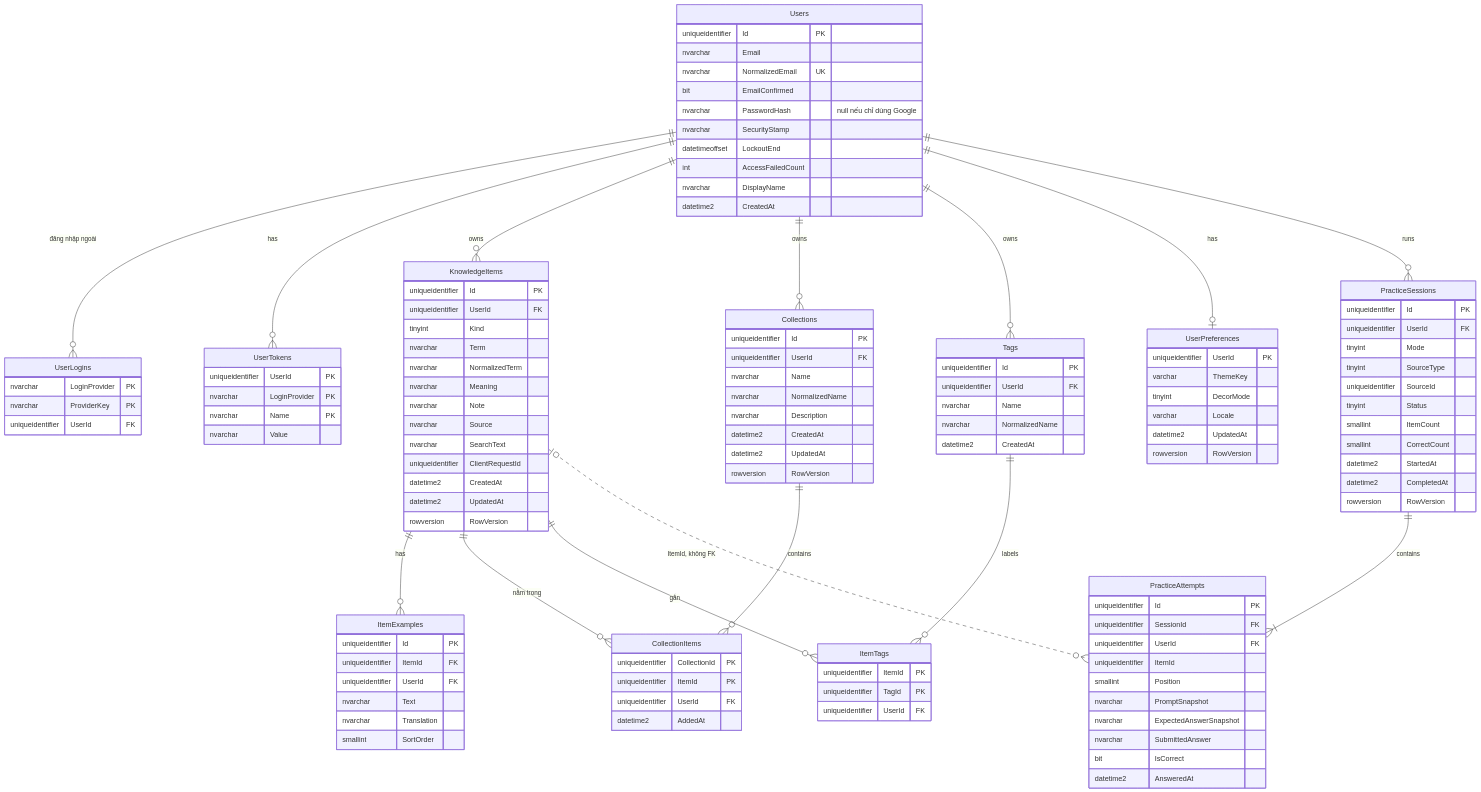
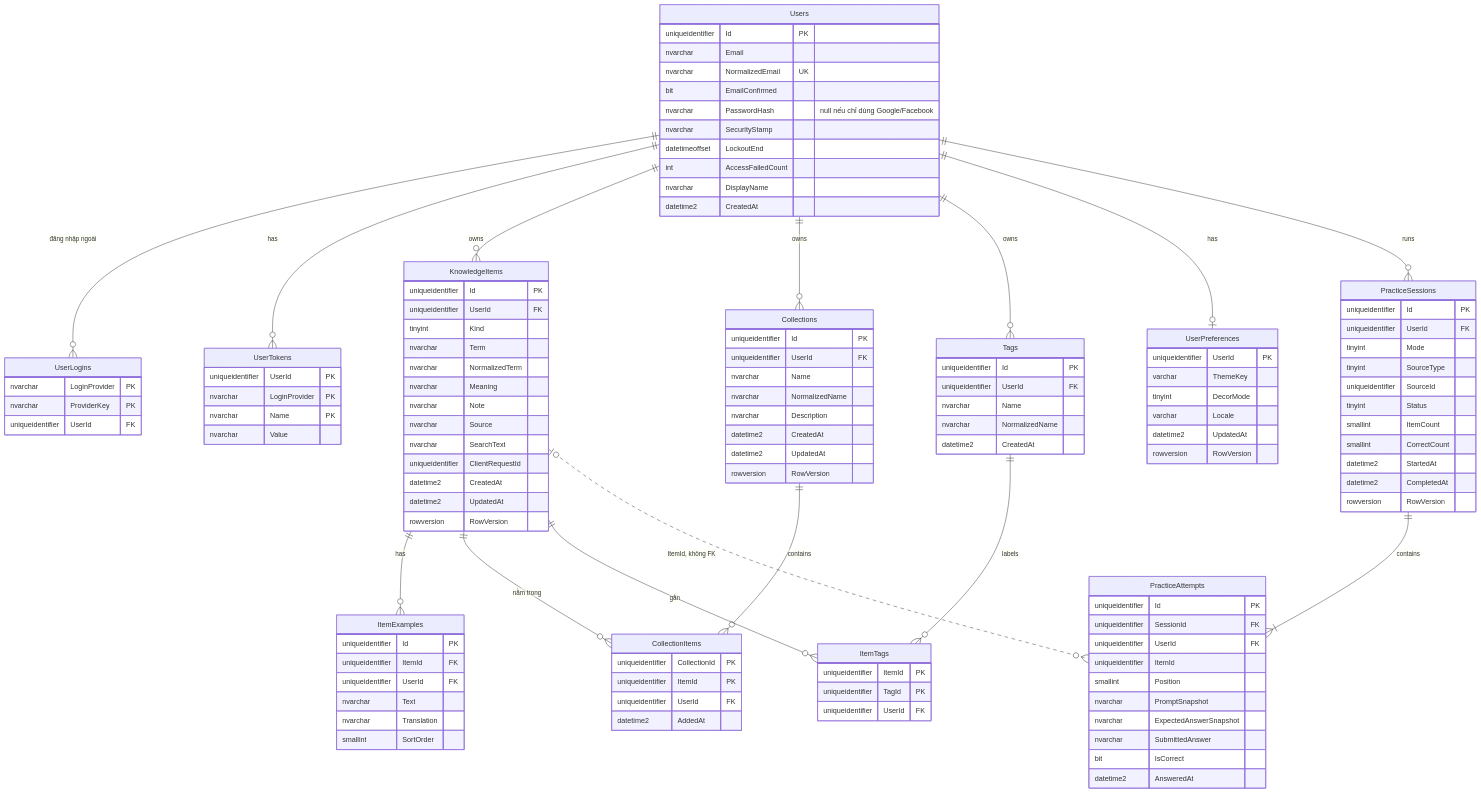
One commit to pamela172103/Lingozi changed the diagram in docs/architecture/erd.md. Above: the diagram before and after it, drawn with Mermaid. The commit also changed other lines of this file and 11 other files, not shown here.

```diff
--- a/docs/architecture/erd.md
+++ b/docs/architecture/erd.md
@@ -51,7 +51,7 @@
         nvarchar Email
         nvarchar NormalizedEmail UK
         bit EmailConfirmed
-        nvarchar PasswordHash "null nếu chỉ dùng Google"
+        nvarchar PasswordHash "null nếu chỉ dùng Google/Facebook"
         nvarchar SecurityStamp
         datetimeoffset LockoutEnd
         int AccessFailedCount
```
